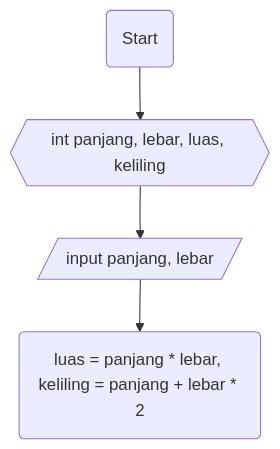
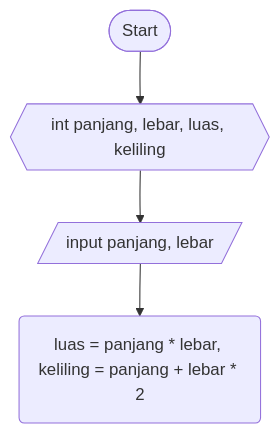
The diagram in PersegiPanjang.md (SATRIODIANNUGROHO/Latihan4_27_SatrioDianNugroho), drawn with Mermaid before and after one commit.

````diff
--- a/PersegiPanjang.md
+++ b/PersegiPanjang.md
@@ -13,6 +13,6 @@
 ```mermaid
 graph TD;
-    A(Start)-->B{{int panjang, lebar, luas, keliling}};
+    A([Start])-->B{{int panjang, lebar, luas, keliling}};
     B{{int panjang, lebar, luas, keliling}}-->C[/input panjang, lebar/];
     C[/input panjang, lebar/]-->D(luas = panjang * lebar, keliling = panjang + lebar * 2);
 ```
````
